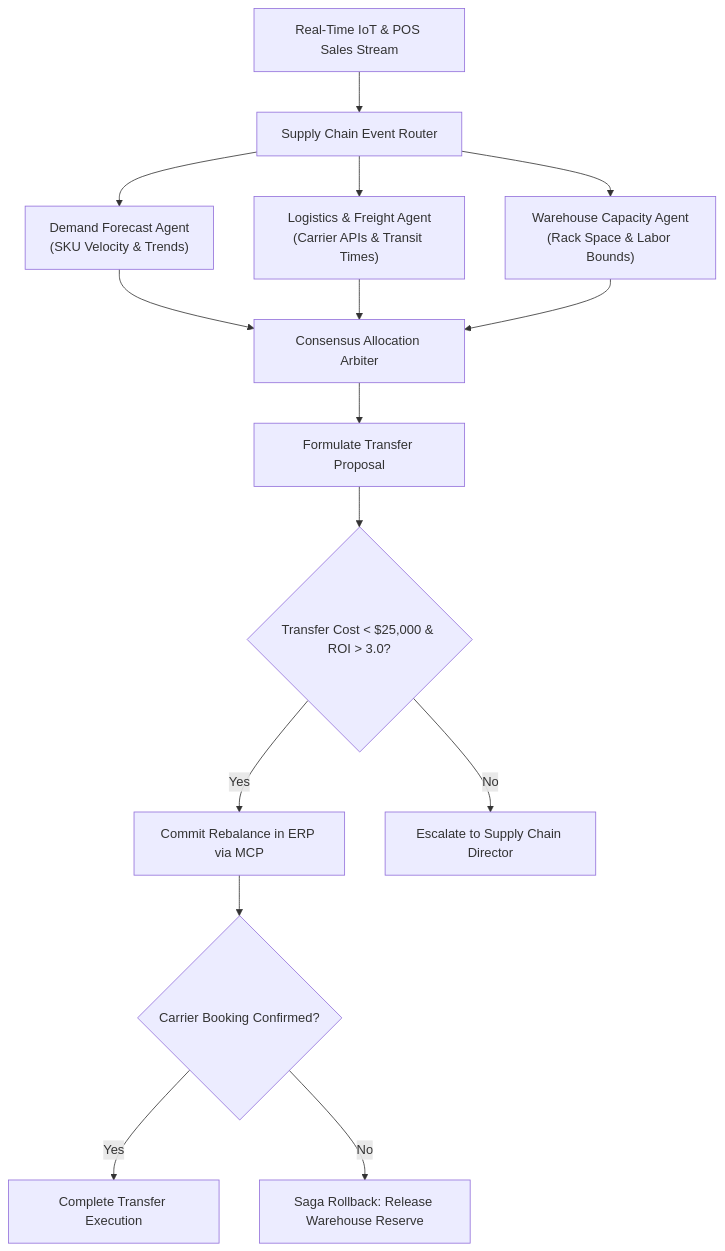
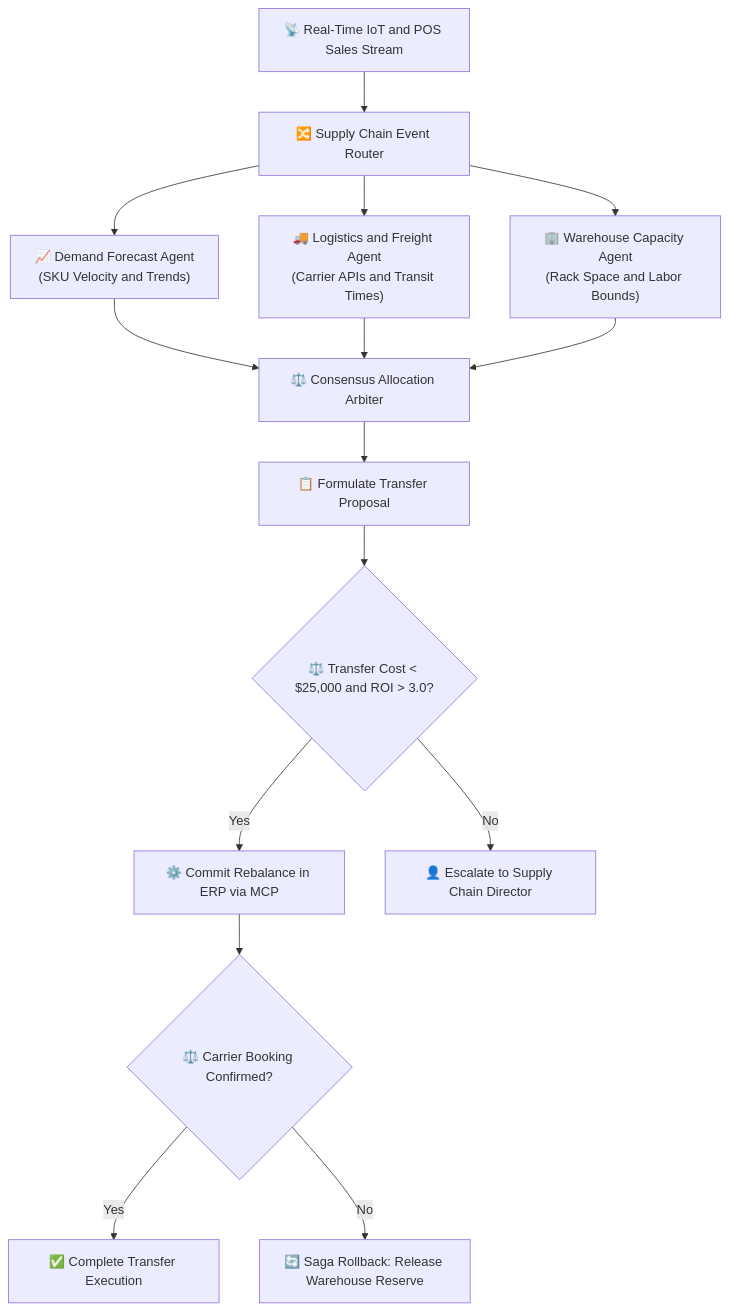
The ninth of 11 diagrams in architecture/enterprise-ai-system-designs.md (dip4k/senior-engineer-to-ai-engineer-roadmap), drawn with Mermaid before and after one commit. The commit also changed other lines of this file and 94 other files, not shown here.

Commit message:
refactor(curriculum): complete Phase 04 upgrade and enforce diagram renderer invariants

````diff
--- a/architecture/enterprise-ai-system-designs.md
+++ b/architecture/enterprise-ai-system-designs.md
@@ -448,22 +448,22 @@
 ```mermaid
 flowchart TD
-    Kafka["Real-Time IoT & POS Sales Stream"] --> MeshRouter["Supply Chain Event Router"]
+    Kafka["📡 Real-Time IoT and POS Sales Stream"] --> MeshRouter["🔀 Supply Chain Event Router"]
     
-    MeshRouter --> DemandAgent["Demand Forecast Agent<br>(SKU Velocity & Trends)"]
-    MeshRouter --> FreightAgent["Logistics & Freight Agent<br>(Carrier APIs & Transit Times)"]
-    MeshRouter --> WarehouseAgent["Warehouse Capacity Agent<br>(Rack Space & Labor Bounds)"]
+    MeshRouter --> DemandAgent["📈 Demand Forecast Agent<br>(SKU Velocity and Trends)"]
+    MeshRouter --> FreightAgent["🚚 Logistics and Freight Agent<br>(Carrier APIs and Transit Times)"]
+    MeshRouter --> WarehouseAgent["🏢 Warehouse Capacity Agent<br>(Rack Space and Labor Bounds)"]
     
-    DemandAgent --> Arbiter["Consensus Allocation Arbiter"]
+    DemandAgent --> Arbiter["⚖️ Consensus Allocation Arbiter"]
     FreightAgent --> Arbiter
     WarehouseAgent --> Arbiter
     
-    Arbiter --> Proposal["Formulate Transfer Proposal"]
-    Proposal --> BudgetCheck{"Transfer Cost < $25,000 & ROI > 3.0?"}
+    Arbiter --> Proposal["📋 Formulate Transfer Proposal"]
+    Proposal --> BudgetCheck{"⚖️ Transfer Cost < $25,000 and ROI > 3.0?"}
     
-    BudgetCheck -- "Yes" --> ERP_Commit["Commit Rebalance in ERP via MCP"]
-    BudgetCheck -- "No" --> HumanReview["Escalate to Supply Chain Director"]
+    BudgetCheck -- "Yes" --> ERP_Commit["⚙️ Commit Rebalance in ERP via MCP"]
+    BudgetCheck -- "No" --> HumanReview["👤 Escalate to Supply Chain Director"]
     
-    ERP_Commit --> CarrierConfirm{"Carrier Booking Confirmed?"}
-    CarrierConfirm -- "Yes" --> Complete["Complete Transfer Execution"]
-    CarrierConfirm -- "No" --> Rollback["Saga Rollback: Release Warehouse Reserve"]
+    ERP_Commit --> CarrierConfirm{"⚖️ Carrier Booking Confirmed?"}
+    CarrierConfirm -- "Yes" --> Complete["✅ Complete Transfer Execution"]
+    CarrierConfirm -- "No" --> Rollback["🔄 Saga Rollback: Release Warehouse Reserve"]
 ```
````
